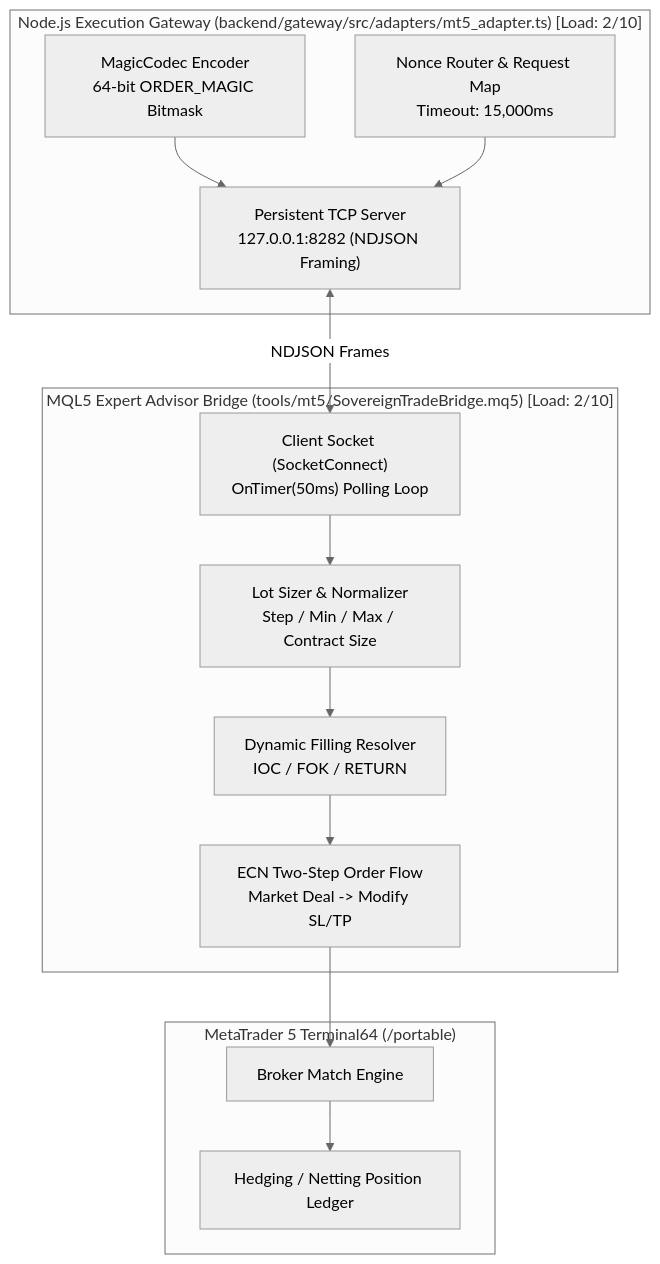
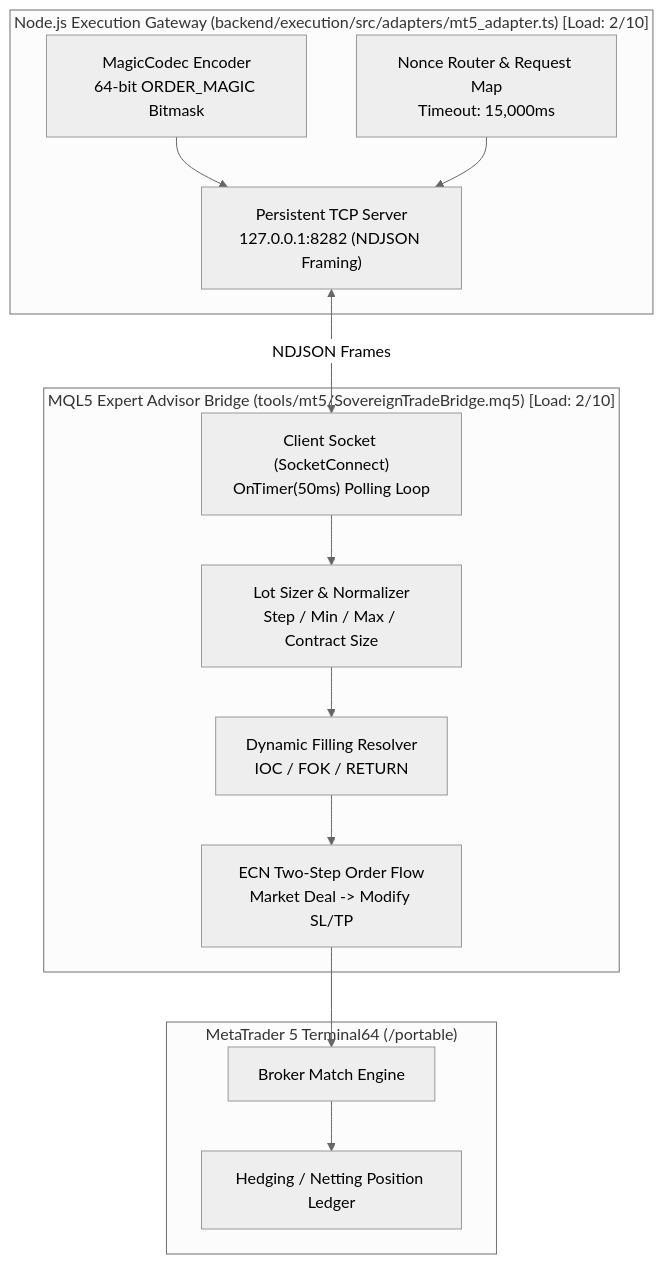
One commit to vgbn2/personal_finance_draft changed the fifth of 5 diagrams in docs/explanation/architecture/05_sub_positions_and_risk_ledger.md. Above: the diagram before and after it, drawn with Mermaid (neutral theme). The commit also changed other lines of this file and 178 other files, not shown here.

````diff
--- a/docs/explanation/architecture/05_sub_positions_and_risk_ledger.md
+++ b/docs/explanation/architecture/05_sub_positions_and_risk_ledger.md
@@ -185,29 +185,29 @@
 ```mermaid
 flowchart TD
-    subgraph Gateway["Node.js Execution Gateway (backend/gateway/src/adapters/mt5_adapter.ts) [Load: 2/10]"]
+    subgraph Gateway["Node.js Execution Gateway (backend/execution/src/adapters/mt5_adapter.ts) [Load: 2/10]"]
         TCP["Persistent TCP Server<br/>127.0.0.1:8282 (NDJSON Framing)"]
         MAGIC["MagicCodec Encoder<br/>64-bit ORDER_MAGIC Bitmask"]
         NONCE["Nonce Router & Request Map<br/>Timeout: 15,000ms"]
     end
 
     subgraph EA["MQL5 Expert Advisor Bridge (tools/mt5/SovereignTradeBridge.mq5) [Load: 2/10]"]
         SOCK["Client Socket (SocketConnect)<br/>OnTimer(50ms) Polling Loop"]
         NORM["Lot Sizer & Normalizer<br/>Step / Min / Max / Contract Size"]
         FILL["Dynamic Filling Resolver<br/>IOC / FOK / RETURN"]
         ECN["ECN Two-Step Order Flow<br/>Market Deal -> Modify SL/TP"]
     end
 
     subgraph Terminal["MetaTrader 5 Terminal64 (/portable)"]
         BOOK["Broker Match Engine"]
         POS["Hedging / Netting Position Ledger"]
     end
 
     TCP <-->|NDJSON Frames| SOCK
     MAGIC --> TCP
     NONCE --> TCP
     SOCK --> NORM
     NORM --> FILL
     FILL --> ECN
     ECN --> BOOK
     BOOK --> POS
 ```
````
